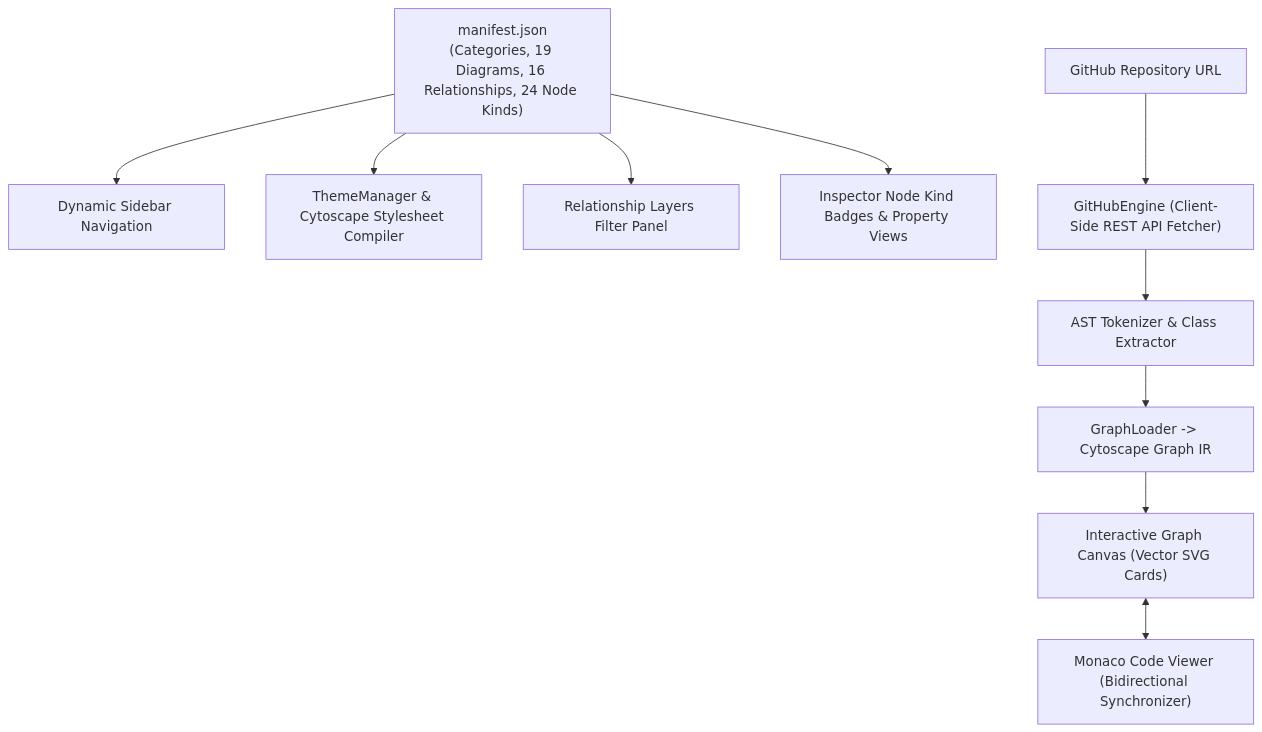
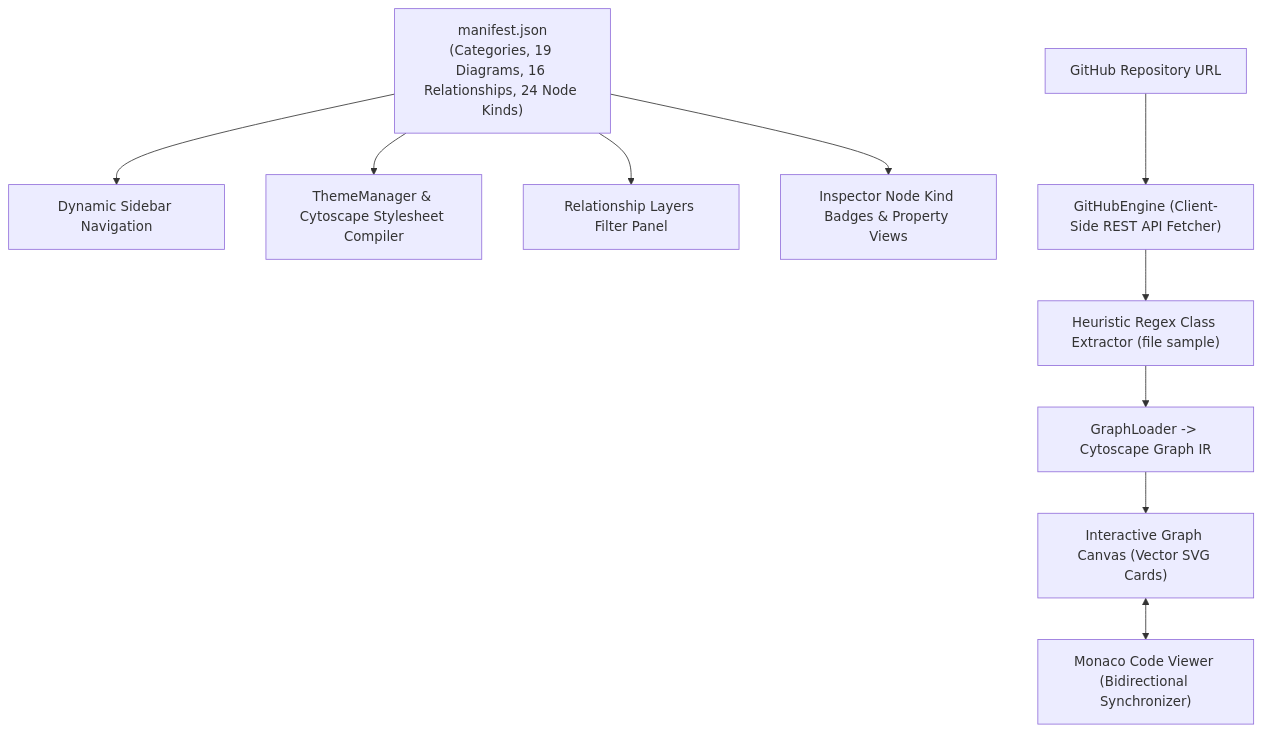
Before and after one commit to AhmadHassan-BTed/OpenHeart: the fifth of 5 diagrams in docs/architecture.md, drawn with Mermaid. The commit also changed other lines of this file and 434 other files, not shown here.

````diff
--- a/docs/architecture.md
+++ b/docs/architecture.md
@@ -171,13 +172,13 @@
 ```mermaid
 graph TD
     M["manifest.json<br/>(Categories, 19 Diagrams, 16 Relationships, 24 Node Kinds)"] --> Nav["Dynamic Sidebar Navigation"]
     M --> TM["ThemeManager & Cytoscape Stylesheet Compiler"]
     M --> RL["Relationship Layers Filter Panel"]
     M --> IP["Inspector Node Kind Badges & Property Views"]
 
     GH["GitHub Repository URL"] --> GHE["GitHubEngine (Client-Side REST API Fetcher)"]
-    GHE --> AST["AST Tokenizer & Class Extractor"]
+    GHE --> AST["Heuristic Regex Class Extractor (file sample)"]
     AST --> GLoader["GraphLoader -> Cytoscape Graph IR"]
     GLoader --> Canvas["Interactive Graph Canvas (Vector SVG Cards)"]
     Canvas <--> Editor["Monaco Code Viewer (Bidirectional Synchronizer)"]
 ```
````
